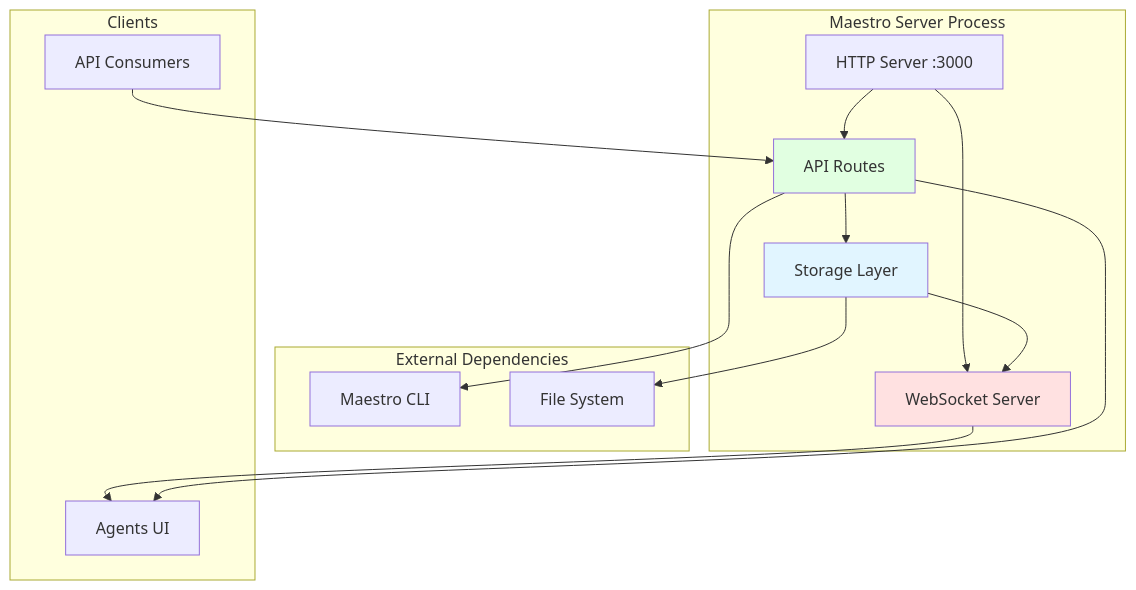
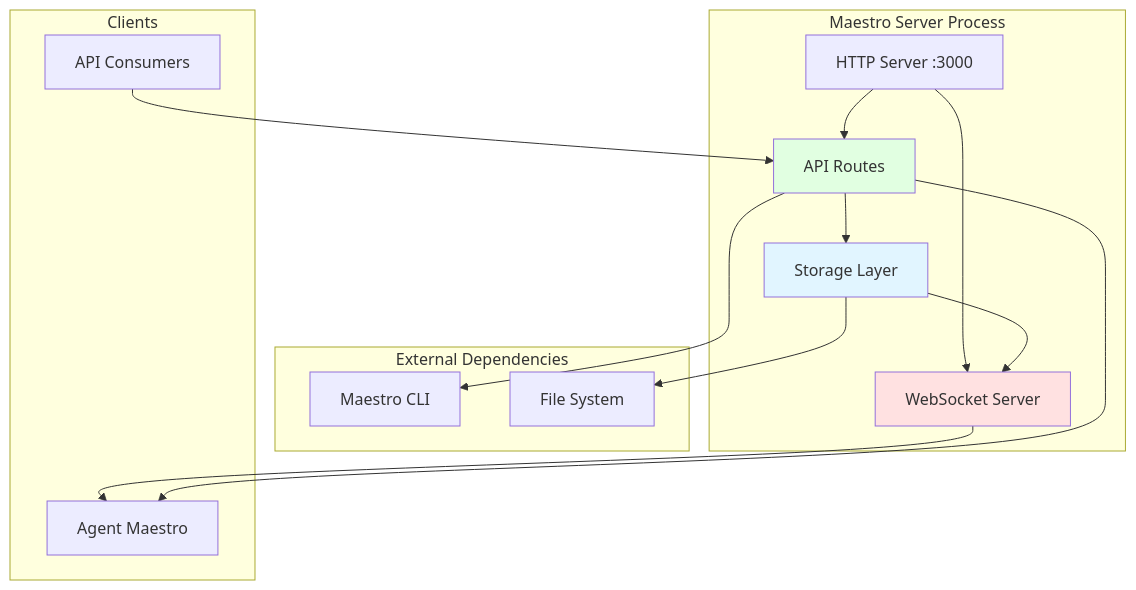
One commit to raghavared/agent-maestro changed the diagram in maestro-server/spec/01-SYSTEM-OVERVIEW.md. Above: the diagram before and after it, drawn with Mermaid. The commit also changed 89 other files, not shown here.

````diff
--- a/maestro-server/spec/01-SYSTEM-OVERVIEW.md
+++ b/maestro-server/spec/01-SYSTEM-OVERVIEW.md
@@ -132,34 +132,34 @@
 ```mermaid
 graph TB
     subgraph "Maestro Server Process"
         HTTP[HTTP Server :3000]
         WS[WebSocket Server]
         Storage[Storage Layer]
         API[API Routes]
 
         HTTP --> API
         HTTP --> WS
         API --> Storage
         Storage --> WS
     end
 
     subgraph "External Dependencies"
         CLI[Maestro CLI]
         FS[File System]
     end
 
     subgraph "Clients"
-        UI[Agents UI]
+        UI[Agent Maestro]
         CURL[API Consumers]
     end
 
     Storage --> FS
     API --> CLI
     WS --> UI
     API --> UI
     CURL --> API
 
     style Storage fill:#e1f5ff
     style WS fill:#ffe1e1
     style API fill:#e1ffe1
 ```
````
